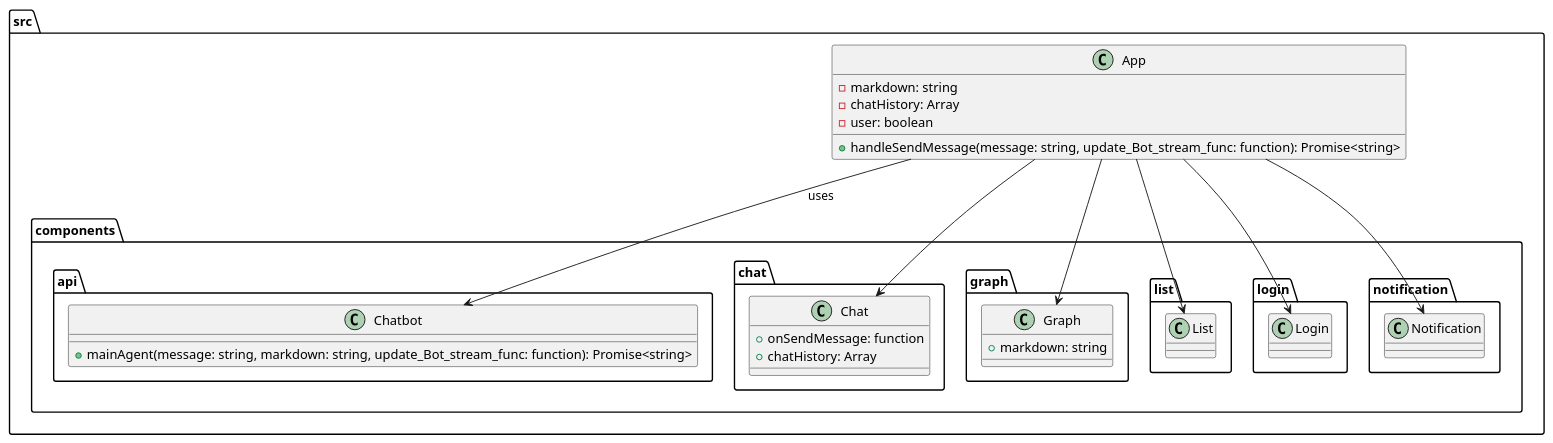
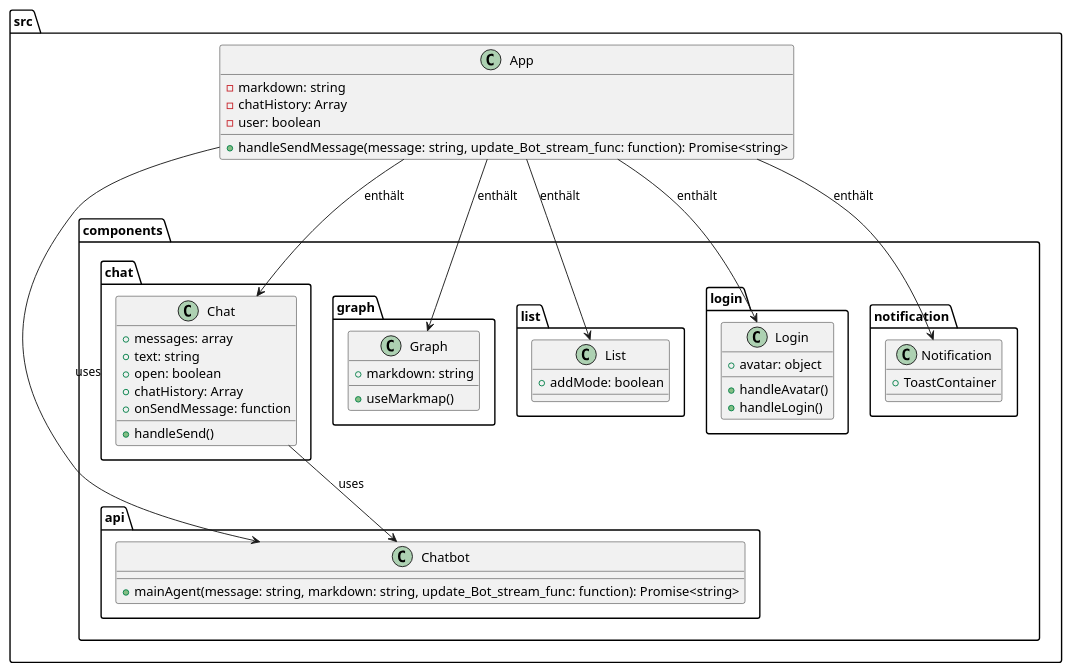
One commit to RouvensLab/mapintelligence-main changed the diagram in GeneralUML.puml. Above: the diagram before and after it, drawn with PlantUML. The commit also changed 5 other files, not shown here.

```diff
--- a/GeneralUML.puml
+++ b/GeneralUML.puml
@@ -1,50 +1,61 @@
 @startuml
 
 package "src" {
   package "components" {
     package "api" {
       class Chatbot {
         +mainAgent(message: string, markdown: string, update_Bot_stream_func: function): Promise<string>
       }
     }
     package "chat" {
       class Chat {
+        +messages: array
+        +text: string
+        +open: boolean
+        +chatHistory: Array
         +onSendMessage: function
-        +chatHistory: Array
+        +handleSend()
       }
     }
     package "graph" {
       class Graph {
         +markdown: string
+        +useMarkmap()
       }
     }
     package "list" {
       class List {
+        +addMode: boolean
       }
     }
     package "login" {
       class Login {
+        +avatar: object
+        +handleAvatar()
+        +handleLogin()
       }
     }
     package "notification" {
       class Notification {
+        +ToastContainer
       }
     }
   }
   
   class App {
     -markdown: string
     -chatHistory: Array
     -user: boolean
     +handleSendMessage(message: string, update_Bot_stream_func: function): Promise<string>
   }
   
-  App --> Chat
-  App --> List
-  App --> Login
-  App --> Notification
-  App --> Graph
+  App --> Chat : enthält
+  App --> Graph : enthält
+  App --> List : enthält
+  App --> Login : enthält
+  App --> Notification : enthält
   App --> Chatbot : uses
+  Chat --> Chatbot : uses
 }
 
 @enduml
```
